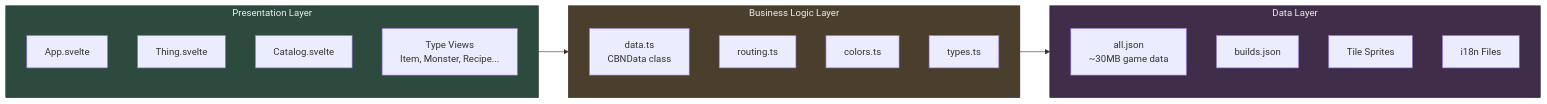
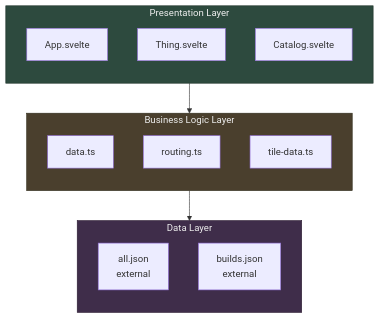
Before and after one commit to ushkinaz/cbn-guide: the third of 8 diagrams in docs/architecture.md, drawn with Mermaid. The commit also changed other lines of this file, not shown here.

Commit message:
docs(architecture): update architecture documentation to clarify system components, data flow, and caching strategies for better understanding

````diff
--- a/docs/architecture.md
+++ b/docs/architecture.md
@@ -62,33 +116,29 @@
 ```mermaid
-flowchart LR
+flowchart TD
     subgraph Presentation["Presentation Layer"]
         direction TB
         AppSvelte[App.svelte]
         Thing[Thing.svelte]
         Catalog[Catalog.svelte]
-        TypeViews[Type Views<br/>Item, Monster, Recipe...]
     end
 
     subgraph Business["Business Logic Layer"]
         direction TB
-        DataTS[data.ts<br/>CBNData class]
+        DataTS[data.ts]
         RoutingTS[routing.ts]
-        ColorsTS[colors.ts]
-        TypesTS[types.ts]
+        TileDataTS[tile-data.ts]
     end
 
     subgraph Data["Data Layer"]
         direction TB
-        AllJSON[all.json<br/>~30MB game data]
-        BuildsJSON[builds.json]
-        TileSprites[Tile Sprites]
-        LangFiles[i18n Files]
+        AllJSON[all.json<br/>external]
+        BuildsJSON[builds.json<br/>external]
     end
 
     Presentation --> Business
     Business --> Data
 
     style Presentation fill:#2d4a3e,stroke:#1a2f26,color:#eee
     style Business fill:#4a3f2d,stroke:#2f2a1a,color:#eee
     style Data fill:#3f2d4a,stroke:#2a1a2f,color:#eee
 ```
````
